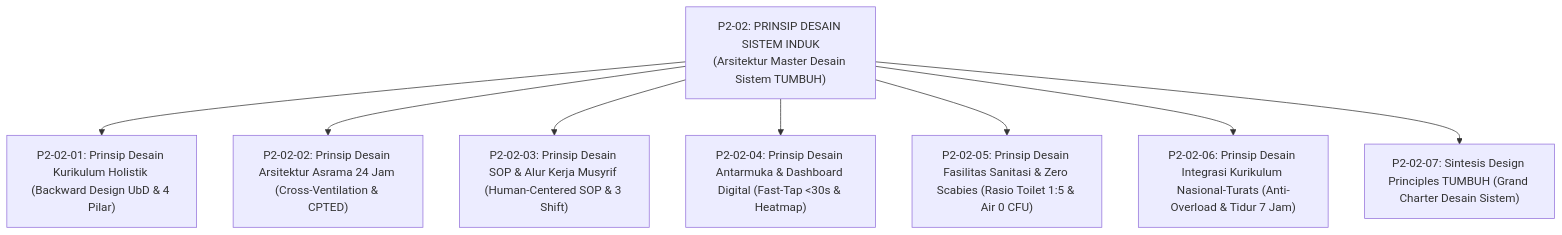
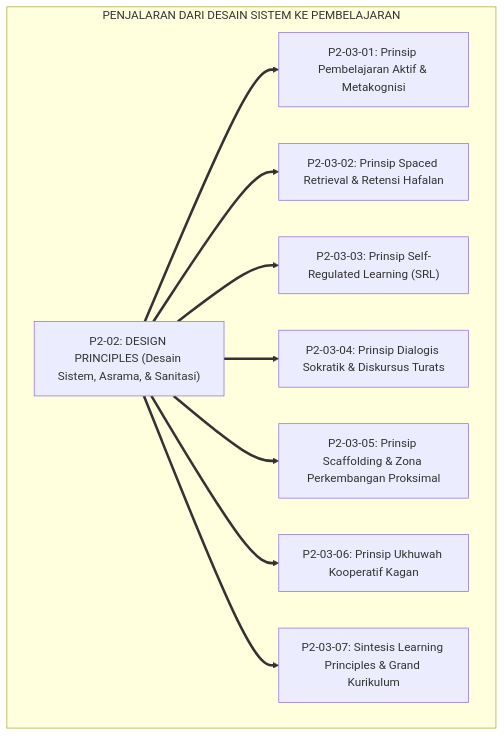
One commit to wandiapriliyandi/tumbuh changed the third of 3 diagrams in 02 Principles/02 Design Principles/P2-02-Prinsip-Desain-Sistem-TUMBUH.md. Above: the diagram before and after it, drawn with Mermaid. The commit also changed other lines of this file and 7 other files, not shown here.

Commit message:
docs(principles): reconstruct all 02 Design Principles monographs to pure academic standard

````diff
--- a/02 Principles/02 Design Principles/P2-02-Prinsip-Desain-Sistem-TUMBUH.md
+++ b/02 Principles/02 Design Principles/P2-02-Prinsip-Desain-Sistem-TUMBUH.md
@@ -68,12 +168,14 @@
 ```mermaid
-graph TD
-    Master["P2-02: PRINSIP DESAIN SISTEM INDUK<br/>(Arsitektur Master Desain Sistem TUMBUH)"]
-    
-    Master --> M1["P2-02-01: Prinsip Desain Kurikulum Holistik (Backward Design UbD & 4 Pilar)"]
-    Master --> M2["P2-02-02: Prinsip Desain Arsitektur Asrama 24 Jam (Cross-Ventilation & CPTED)"]
-    Master --> M3["P2-02-03: Prinsip Desain SOP & Alur Kerja Musyrif (Human-Centered SOP & 3 Shift)"]
-    Master --> M4["P2-02-04: Prinsip Desain Antarmuka & Dashboard Digital (Fast-Tap <30s & Heatmap)"]
-    Master --> M5["P2-02-05: Prinsip Desain Fasilitas Sanitasi & Zero Scabies (Rasio Toilet 1:5 & Air 0 CFU)"]
-    Master --> M6["P2-02-06: Prinsip Desain Integrasi Kurikulum Nasional-Turats (Anti-Overload & Tidur 7 Jam)"]
-    Master --> M7["P2-02-07: Sintesis Design Principles TUMBUH (Grand Charter Desain Sistem)"]
+flowchart TD
+    subgraph PenjalaranDesignKeLearning["PENJALARAN DARI DESAIN SISTEM KE PEMBELAJARAN"]
+        DesignMaster["P2-02: DESIGN PRINCIPLES (Desain Sistem, Asrama, & Sanitasi)"]
+        
+        DesignMaster ==> P2_03_01["P2-03-01: Prinsip Pembelajaran Aktif & Metakognisi"]
+        DesignMaster ==> P2_03_02["P2-03-02: Prinsip Spaced Retrieval & Retensi Hafalan"]
+        DesignMaster ==> P2_03_03["P2-03-03: Prinsip Self-Regulated Learning (SRL)"]
+        DesignMaster ==> P2_03_04["P2-03-04: Prinsip Dialogis Sokratik & Diskursus Turats"]
+        DesignMaster ==> P2_03_05["P2-03-05: Prinsip Scaffolding & Zona Perkembangan Proksimal"]
+        DesignMaster ==> P2_03_06["P2-03-06: Prinsip Ukhuwah Kooperatif Kagan"]
+        DesignMaster ==> P2_03_07["P2-03-07: Sintesis Learning Principles & Grand Kurikulum"]
+    end
 ```
````
